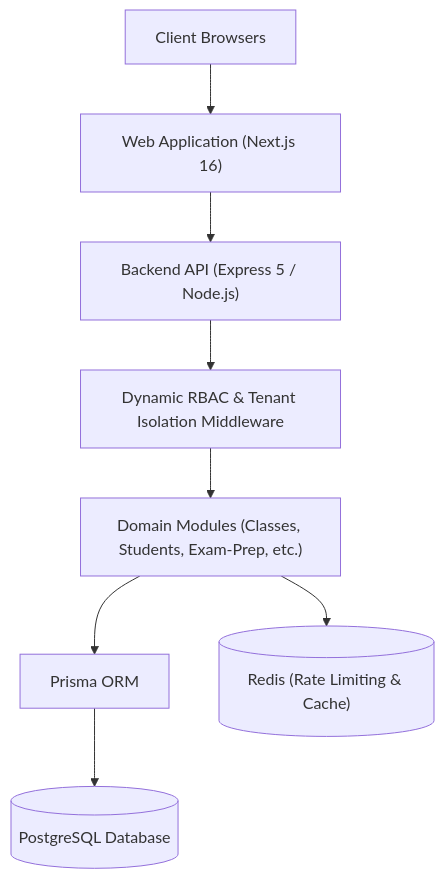
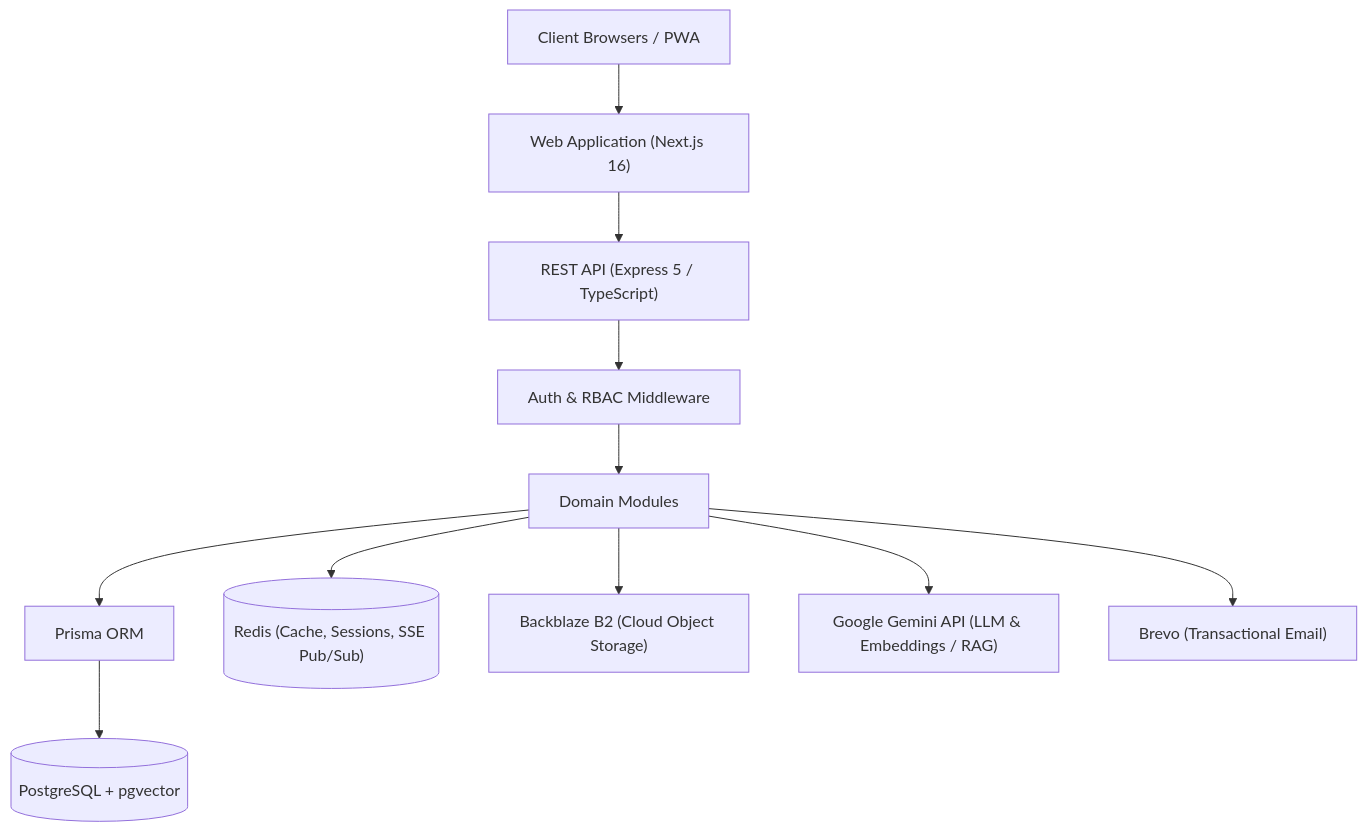
Before and after one commit to Leta-Kasahun/edubridge: the diagram in README.md, drawn with Mermaid. The commit also changed other lines of this file, not shown here.

````diff
--- a/README.md
+++ b/README.md
@@ -11,10 +11,16 @@
 ```mermaid
 graph TD
-    Client["Client Browsers"] --> Web["Web Application (Next.js 16)"]
-    Web --> API["Backend API (Express 5 / Node.js)"]
-    API --> Auth["Dynamic RBAC & Tenant Isolation Middleware"]
-    Auth --> Modules["Domain Modules (Classes, Students, Exam-Prep, etc.)"]
+    Client["Client Browsers / PWA"] --> Web["Web Application (Next.js 16)"]
+    Web --> API["REST API (Express 5 / TypeScript)"]
+    
+    API --> Security["Auth & RBAC Middleware"]
+    Security --> Modules["Domain Modules"]
+    
     Modules --> Prisma["Prisma ORM"]
-    Modules --> Redis[("Redis (Rate Limiting & Cache)")]
-    Prisma --> Postgres[("PostgreSQL Database")]
+    Prisma --> PostgreSQL[("PostgreSQL + pgvector")]
+    
+    Modules --> Redis[("Redis (Cache, Sessions, SSE Pub/Sub)")]
+    Modules --> Storage["Backblaze B2 (Cloud Object Storage)"]
+    Modules --> AI["Google Gemini API (LLM & Embeddings / RAG)"]
+    Modules --> Email["Brevo (Transactional Email)"]
 ```
````
